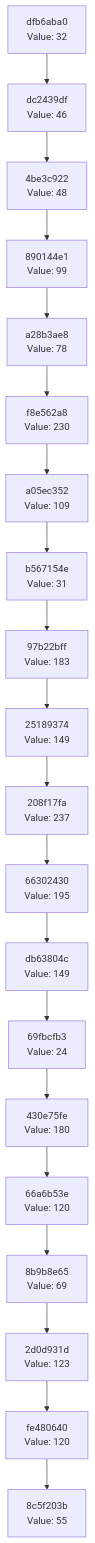
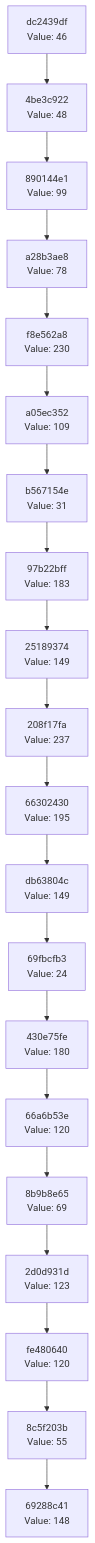
Before and after one commit to Abhisheksinha1506/hash-chain-evolver: the diagram in docs/CHAIN_VISUALIZATION.md, drawn with Mermaid. The commit also changed 3 other files, not shown here.

````diff
--- a/docs/CHAIN_VISUALIZATION.md
+++ b/docs/CHAIN_VISUALIZATION.md
@@ -3,42 +3,42 @@
 ```mermaid
 graph TD
-    C0["8c5f203b<br/>Value: 55"]
-    C1["fe480640<br/>Value: 120"]
+    C0["69288c41<br/>Value: 148"]
+    C1["8c5f203b<br/>Value: 55"]
     C1 --> C0
-    C2["2d0d931d<br/>Value: 123"]
+    C2["fe480640<br/>Value: 120"]
     C2 --> C1
-    C3["8b9b8e65<br/>Value: 69"]
+    C3["2d0d931d<br/>Value: 123"]
     C3 --> C2
-    C4["66a6b53e<br/>Value: 120"]
+    C4["8b9b8e65<br/>Value: 69"]
     C4 --> C3
-    C5["430e75fe<br/>Value: 180"]
+    C5["66a6b53e<br/>Value: 120"]
     C5 --> C4
-    C6["69fbcfb3<br/>Value: 24"]
+    C6["430e75fe<br/>Value: 180"]
     C6 --> C5
-    C7["db63804c<br/>Value: 149"]
+    C7["69fbcfb3<br/>Value: 24"]
     C7 --> C6
-    C8["66302430<br/>Value: 195"]
+    C8["db63804c<br/>Value: 149"]
     C8 --> C7
-    C9["208f17fa<br/>Value: 237"]
+    C9["66302430<br/>Value: 195"]
     C9 --> C8
-    C10["25189374<br/>Value: 149"]
+    C10["208f17fa<br/>Value: 237"]
     C10 --> C9
-    C11["97b22bff<br/>Value: 183"]
+    C11["25189374<br/>Value: 149"]
     C11 --> C10
-    C12["b567154e<br/>Value: 31"]
+    C12["97b22bff<br/>Value: 183"]
     C12 --> C11
-    C13["a05ec352<br/>Value: 109"]
+    C13["b567154e<br/>Value: 31"]
     C13 --> C12
-    C14["f8e562a8<br/>Value: 230"]
+    C14["a05ec352<br/>Value: 109"]
     C14 --> C13
-    C15["a28b3ae8<br/>Value: 78"]
+    C15["f8e562a8<br/>Value: 230"]
     C15 --> C14
-    C16["890144e1<br/>Value: 99"]
+    C16["a28b3ae8<br/>Value: 78"]
     C16 --> C15
-    C17["4be3c922<br/>Value: 48"]
+    C17["890144e1<br/>Value: 99"]
     C17 --> C16
-    C18["dc2439df<br/>Value: 46"]
+    C18["4be3c922<br/>Value: 48"]
     C18 --> C17
-    C19["dfb6aba0<br/>Value: 32"]
+    C19["dc2439df<br/>Value: 46"]
     C19 --> C18
 ```
````
